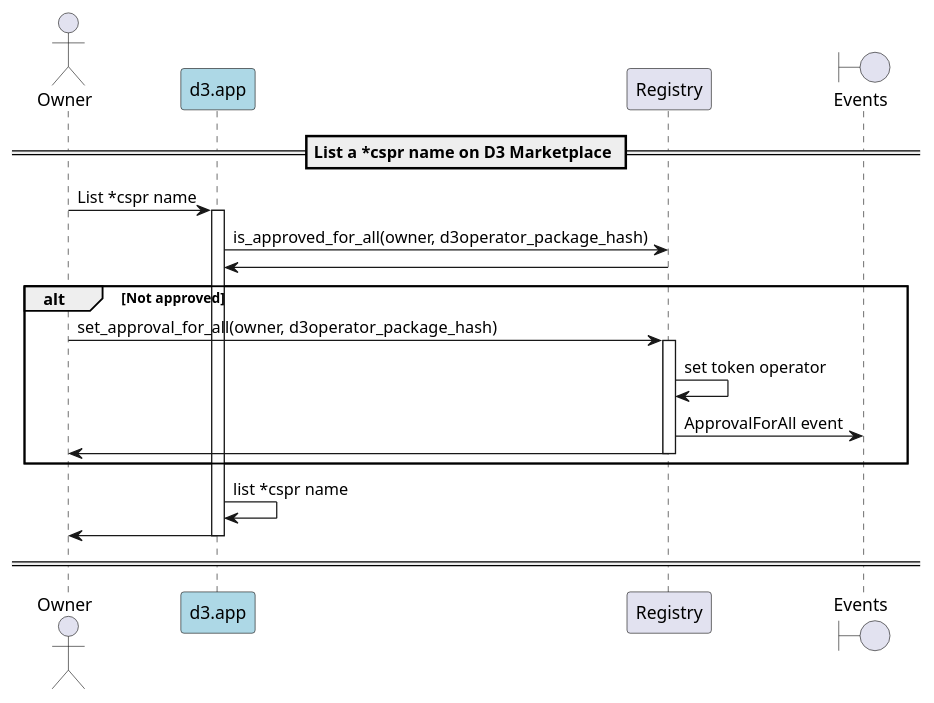
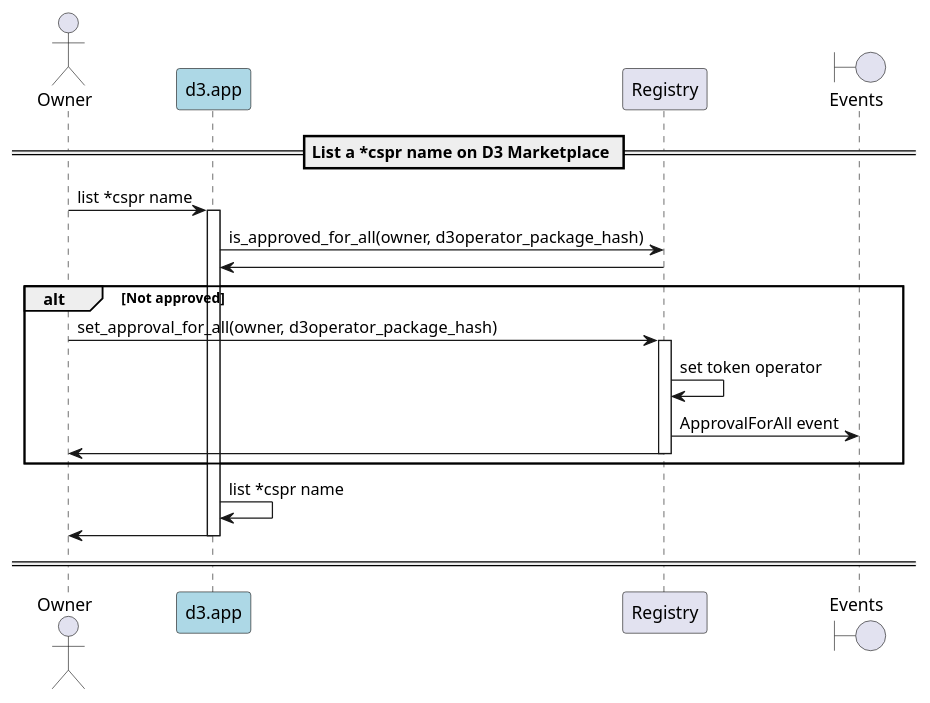
The diagram in docs/sequence-diagrams/puml/d3-marketplace-list.puml (make-software/cspr-name-contracts), drawn with PlantUML before and after one commit. The commit also changed 22 other files, not shown here.

Commit message:
few text fixes. new diagram for can_transfer() filter contract logic

```diff
--- a/docs/sequence-diagrams/puml/d3-marketplace-list.puml
+++ b/docs/sequence-diagrams/puml/d3-marketplace-list.puml
@@ -1,29 +1,29 @@
 @startuml
 'https://plantuml.com/sequence-diagram
 
 'autonumber
 actor Owner
 participant "d3.app" as d3 #lightblue
 participant "Registry"
 boundary "Events"
 
 == List a *cspr name on D3 Marketplace ==
 
-Owner -> d3: List *cspr name
+Owner -> d3: list *cspr name
 activate d3
 d3 -> Registry: is_approved_for_all(owner, d3operator_package_hash)
 Registry -> d3
 alt Not approved
     Owner -> Registry: set_approval_for_all(owner, d3operator_package_hash)
     activate "Registry"
     Registry -> Registry: set token operator
     Registry -> "Events": ApprovalForAll event
     Registry -> Owner
     deactivate "Registry"
 end
 d3 -> d3: list *cspr name
 d3 -> Owner
 deactivate d3
 == ==
 
 @enduml
```
